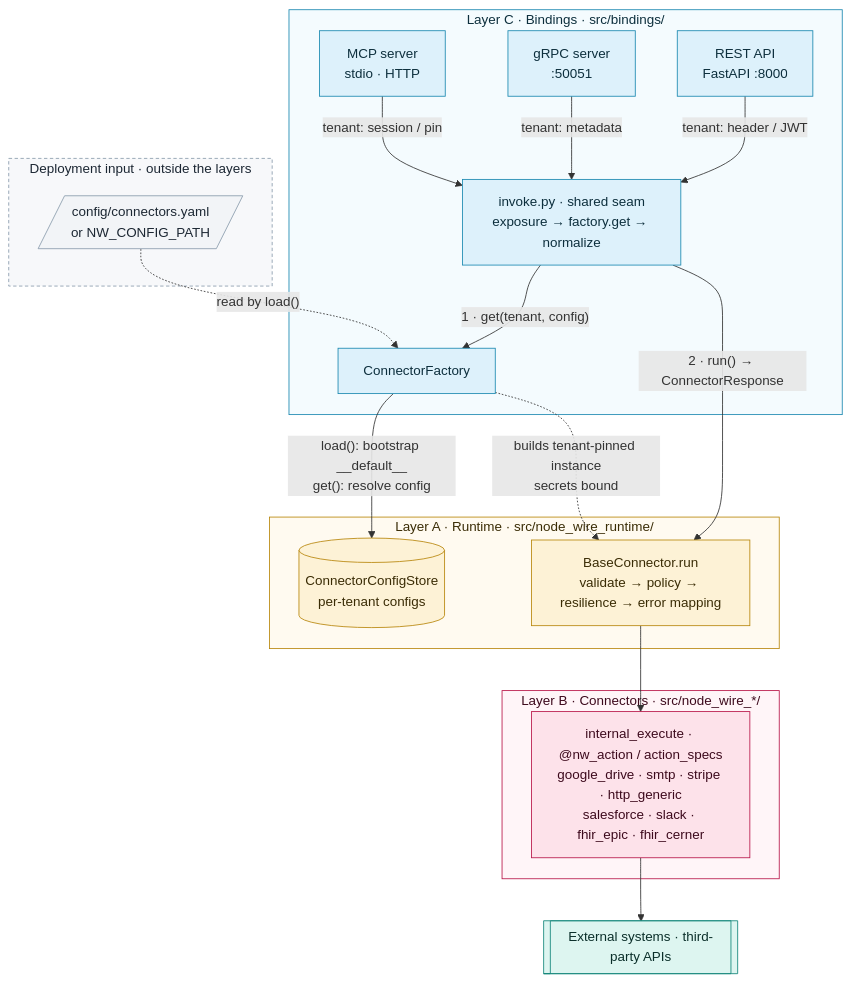
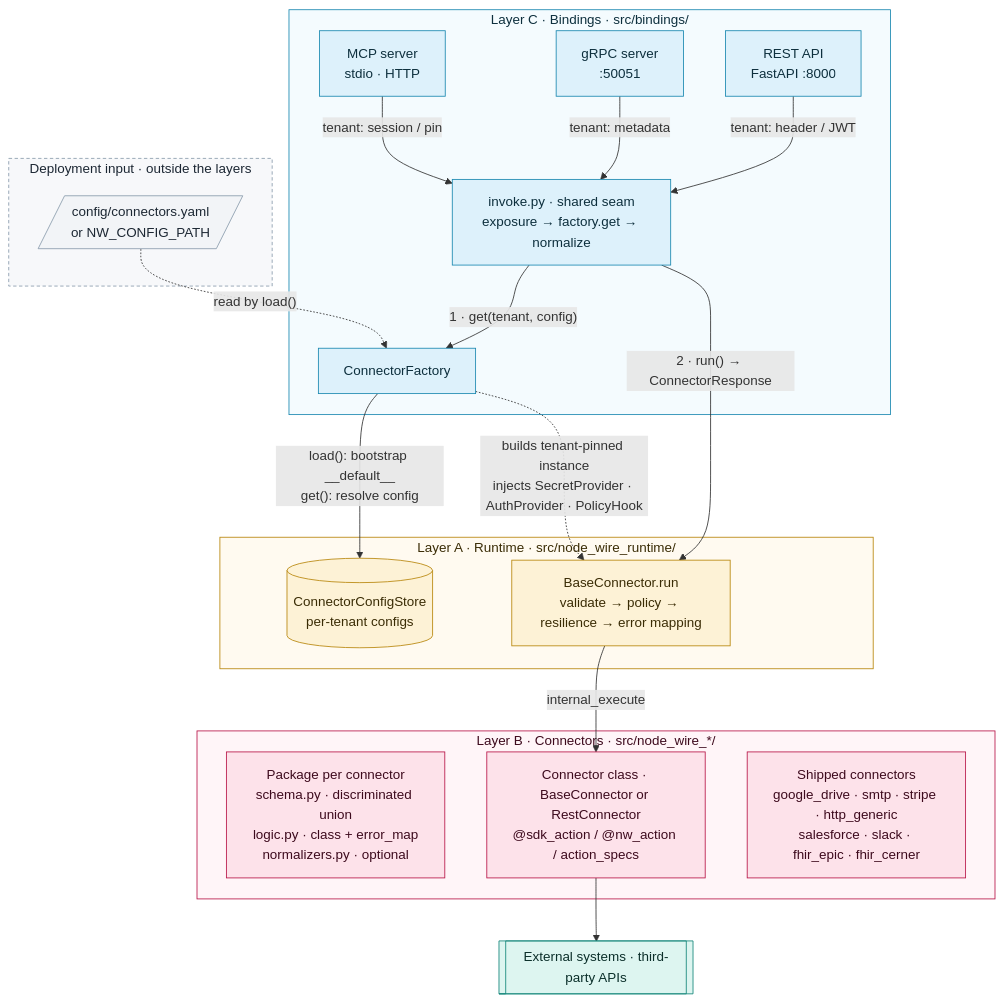
The first of 3 diagrams in docs/architecture.md (AOT-Technologies/node-wire), drawn with Mermaid before and after one commit. The commit also changed other lines of this file and 15 other files, not shown here.

````diff
--- a/docs/architecture.md
+++ b/docs/architecture.md
@@ -22,51 +22,55 @@
 ```mermaid
 flowchart TB
     subgraph input["Deployment input · outside the layers"]
         Config[/"config/connectors.yaml<br/>or NW_CONFIG_PATH"/]
     end
 
     subgraph layerC["Layer C · Bindings · src/bindings/"]
         RestAPI["REST API<br/>FastAPI :8000"]
         GrpcSrv["gRPC server<br/>:50051"]
         McpSrv["MCP server<br/>stdio · HTTP"]
         Invoke["invoke.py · shared seam<br/>exposure → factory.get → normalize"]
         Factory["ConnectorFactory"]
     end
 
     subgraph layerA["Layer A · Runtime · src/node_wire_runtime/"]
         Store[("ConnectorConfigStore<br/>per-tenant configs")]
         Run["BaseConnector.run<br/>validate → policy → resilience → error mapping"]
     end
 
     subgraph layerB["Layer B · Connectors · src/node_wire_*/"]
-        Conns["internal_execute · @nw_action / action_specs<br/>google_drive · smtp · stripe · http_generic<br/>salesforce · slack · fhir_epic · fhir_cerner"]
+        Pkg["Package per connector<br/>schema.py · discriminated union<br/>logic.py · class + error_map<br/>normalizers.py · optional"]
+        Actions["Connector class · BaseConnector or RestConnector<br/>@sdk_action / @nw_action / action_specs"]
+        Shipped["Shipped connectors<br/>google_drive · smtp · stripe · http_generic<br/>salesforce · slack · fhir_epic · fhir_cerner"]
     end
 
     Ext[["External systems · third-party APIs"]]
 
     RestAPI -- "tenant: header / JWT" --> Invoke
     GrpcSrv -- "tenant: metadata" --> Invoke
     McpSrv -- "tenant: session / pin" --> Invoke
     Invoke -- "1 · get(tenant, config)" --> Factory
     Invoke -- "2 · run() → ConnectorResponse" --> Run
     Config -. "read by load()" .-> Factory
     Factory -- "load(): bootstrap __default__<br/>get(): resolve config" --> Store
-    Factory -. "builds tenant-pinned instance<br/>secrets bound" .-> Run
-    Run --> Conns
-    Conns --> Ext
+    Factory -. "builds tenant-pinned instance<br/>injects SecretProvider · AuthProvider · PolicyHook" .-> Run
+    Run -- "internal_execute" --> Actions
+    Actions --> Ext
+    Run ~~~ Pkg
+    Run ~~~ Shipped
 
     classDef binding fill:#ddf1fb,stroke:#1a88b0,stroke-width:1px,color:#0d2f3d
     classDef store fill:#f2f4f7,stroke:#8a9bac,stroke-width:1px,color:#1c2733
     classDef runtime fill:#fdf2d6,stroke:#b8860b,stroke-width:1px,color:#3a2c05
     classDef connector fill:#fde2ea,stroke:#b81548,stroke-width:1px,color:#3d0a1d
     classDef ext fill:#ddf5f0,stroke:#12867a,stroke-width:1px,color:#0b2f2a
     class RestAPI,GrpcSrv,McpSrv,Invoke,Factory binding
     class Config store
     class Store,Run runtime
-    class Conns connector
+    class Actions,Pkg,Shipped connector
     class Ext ext
     style input fill:#f7f8fa,stroke:#8a9bac,stroke-width:1px,stroke-dasharray:4 3,color:#1c2733
     style layerC fill:#f4fbfe,stroke:#1a88b0,stroke-width:1px,color:#0d2f3d
     style layerA fill:#fffaf0,stroke:#b8860b,stroke-width:1px,color:#3a2c05
     style layerB fill:#fff5f8,stroke:#b81548,stroke-width:1px,color:#3d0a1d
 ```
````
